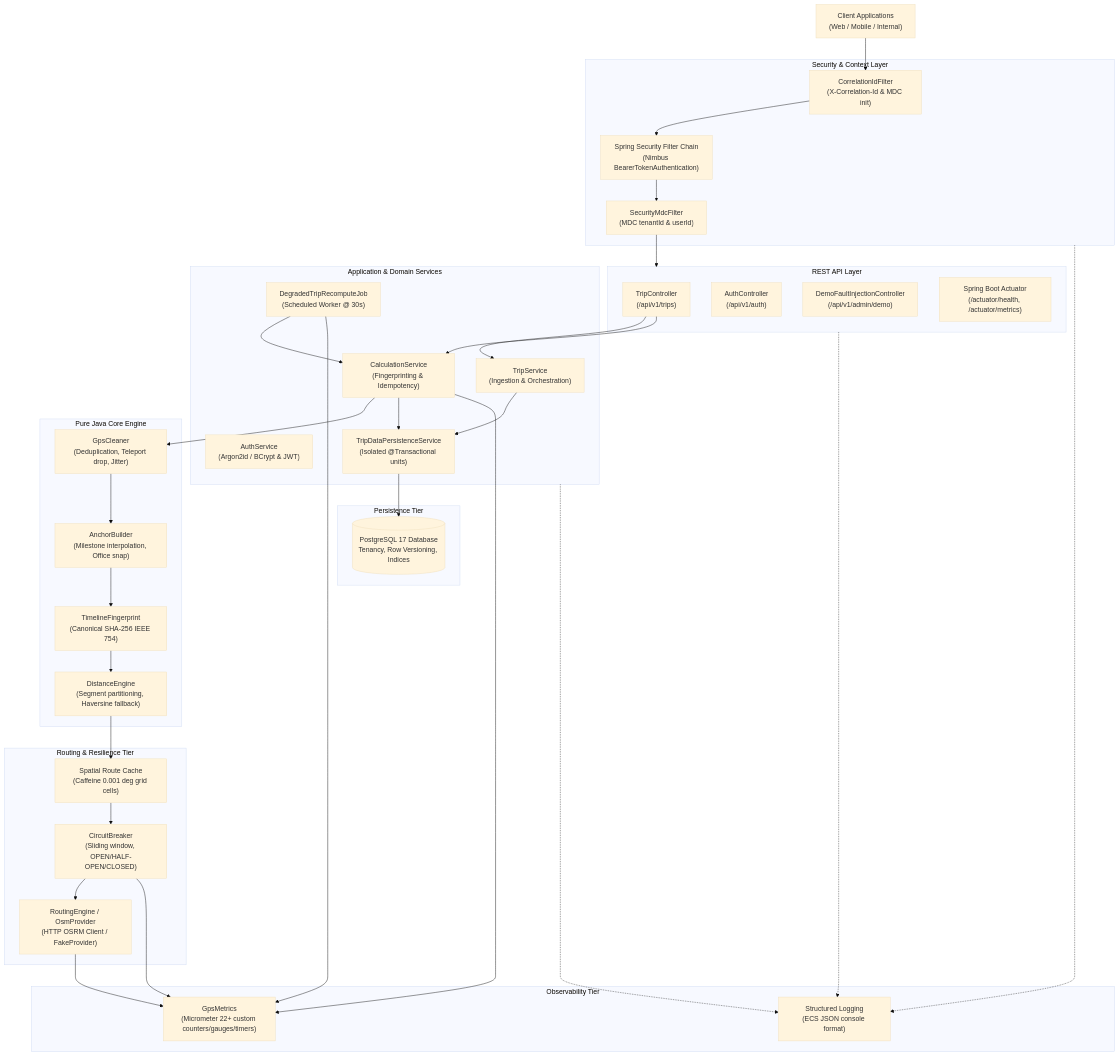
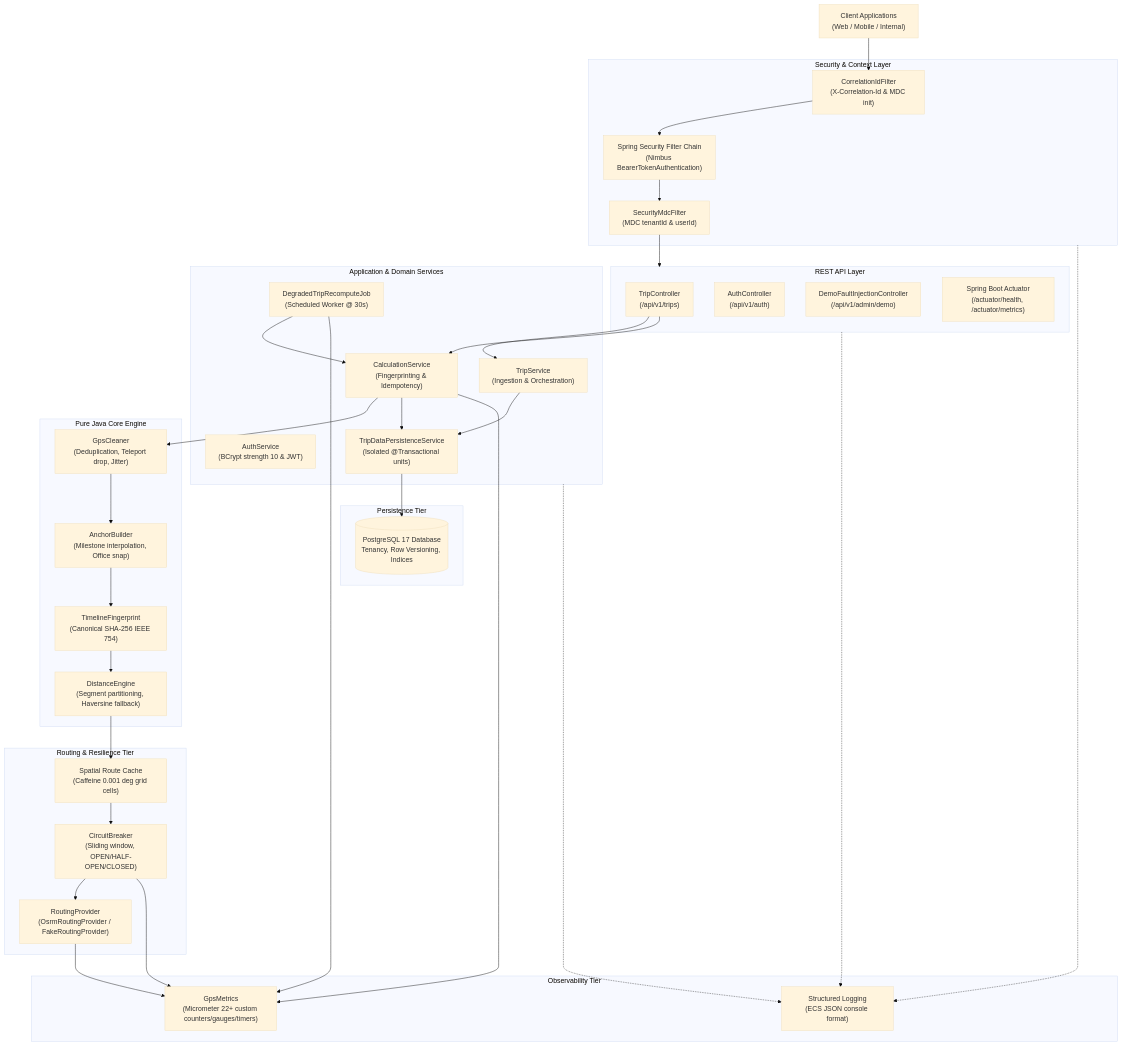
Before and after one commit to Nikita-krishnia/gps-distance-reconstruction-engine: the first of 3 diagrams in docs/DESIGN.md, drawn with Mermaid (base theme). The commit also changed other lines of this file and 12 other files, not shown here.

````diff
--- a/docs/DESIGN.md
+++ b/docs/DESIGN.md
@@ -11,63 +11,63 @@
 ```mermaid
 flowchart TD
     Client["Client Applications<br>(Web / Mobile / Internal)"]
     
     subgraph Edge ["Security & Context Layer"]
         CorrFilter["CorrelationIdFilter<br>(X-Correlation-Id & MDC init)"]
         SecFilter["Spring Security Filter Chain<br>(Nimbus BearerTokenAuthentication)"]
         MdcFilter["SecurityMdcFilter<br>(MDC tenantId & userId)"]
     end
     
     subgraph API ["REST API Layer"]
         TripCtrl["TripController<br>(/api/v1/trips)"]
         AuthCtrl["AuthController<br>(/api/v1/auth)"]
         DemoCtrl["DemoFaultInjectionController<br>(/api/v1/admin/demo)"]
         Actuator["Spring Boot Actuator<br>(/actuator/health, /actuator/metrics)"]
     end
     
     subgraph DomainServices ["Application & Domain Services"]
         TripSvc["TripService<br>(Ingestion & Orchestration)"]
         CalcSvc["CalculationService<br>(Fingerprinting & Idempotency)"]
-        AuthSvc["AuthService<br>(Argon2id / BCrypt & JWT)"]
+        AuthSvc["AuthService<br>(BCrypt strength 10 & JWT)"]
         PersistSvc["TripDataPersistenceService<br>(Isolated @Transactional units)"]
         RecomputeJob["DegradedTripRecomputeJob<br>(Scheduled Worker @ 30s)"]
     end
     
     subgraph EngineCore ["Pure Java Core Engine"]
         Cleaner["GpsCleaner<br>(Deduplication, Teleport drop, Jitter)"]
         Anchor["AnchorBuilder<br>(Milestone interpolation, Office snap)"]
         DistEngine["DistanceEngine<br>(Segment partitioning, Haversine fallback)"]
         Fingerprint["TimelineFingerprint<br>(Canonical SHA-256 IEEE 754)"]
     end
     
     subgraph RoutingResilience ["Routing & Resilience Tier"]
-        Router["RoutingEngine / OsmProvider<br>(HTTP OSRM Client / FakeProvider)"]
+        Router["RoutingProvider<br>(OsrmRoutingProvider / FakeRoutingProvider)"]
         Cache["Spatial Route Cache<br>(Caffeine 0.001 deg grid cells)"]
         Breaker["CircuitBreaker<br>(Sliding window, OPEN/HALF-OPEN/CLOSED)"]
     end
     
     subgraph Storage ["Persistence Tier"]
         Postgres[(PostgreSQL 17 Database<br>Tenancy, Row Versioning, Indices)]
     end
     
     subgraph Telemetry ["Observability Tier"]
         GpsMetrics["GpsMetrics<br>(Micrometer 22+ custom counters/gauges/timers)"]
         StructuredLogs["Structured Logging<br>(ECS JSON console format)"]
     end
 
     Client --> CorrFilter --> SecFilter --> MdcFilter --> API
     TripCtrl --> TripSvc --> PersistSvc
     TripCtrl --> CalcSvc
     CalcSvc --> Cleaner --> Anchor --> Fingerprint --> DistEngine
     DistEngine --> Cache --> Breaker --> Router
     PersistSvc --> Postgres
     RecomputeJob --> CalcSvc
     CalcSvc --> PersistSvc
     CalcSvc --> GpsMetrics
     Router --> GpsMetrics
     Breaker --> GpsMetrics
     RecomputeJob --> GpsMetrics
     Edge -.-> StructuredLogs
     API -.-> StructuredLogs
     DomainServices -.-> StructuredLogs
 ```
````
